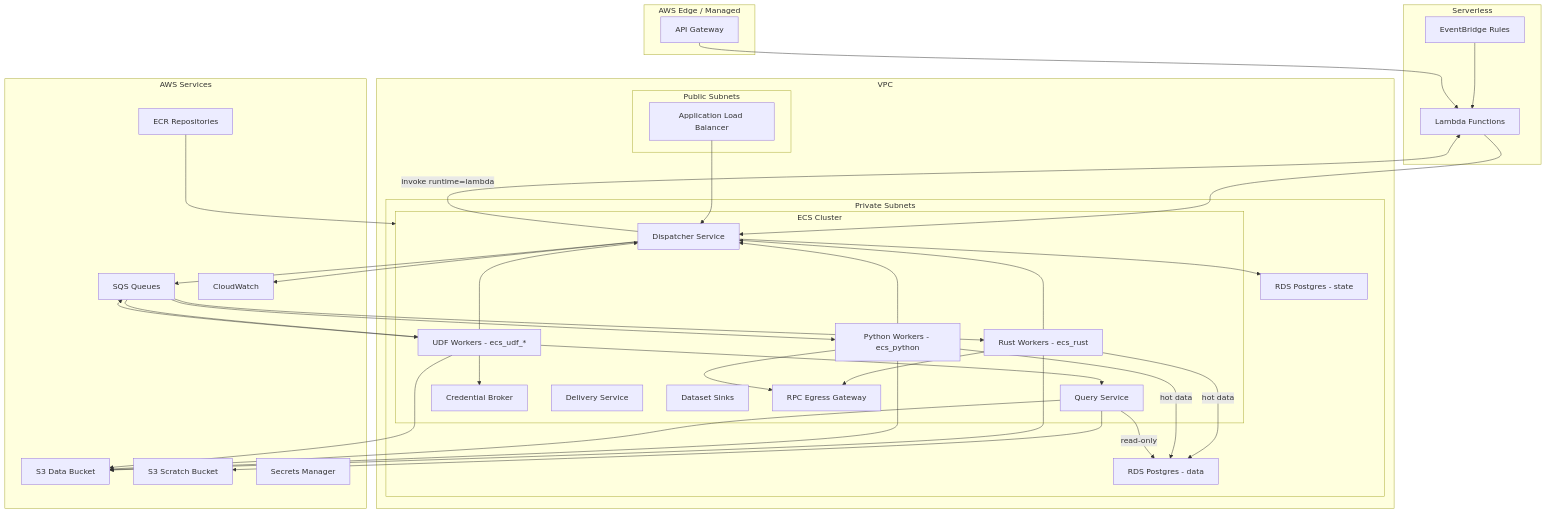
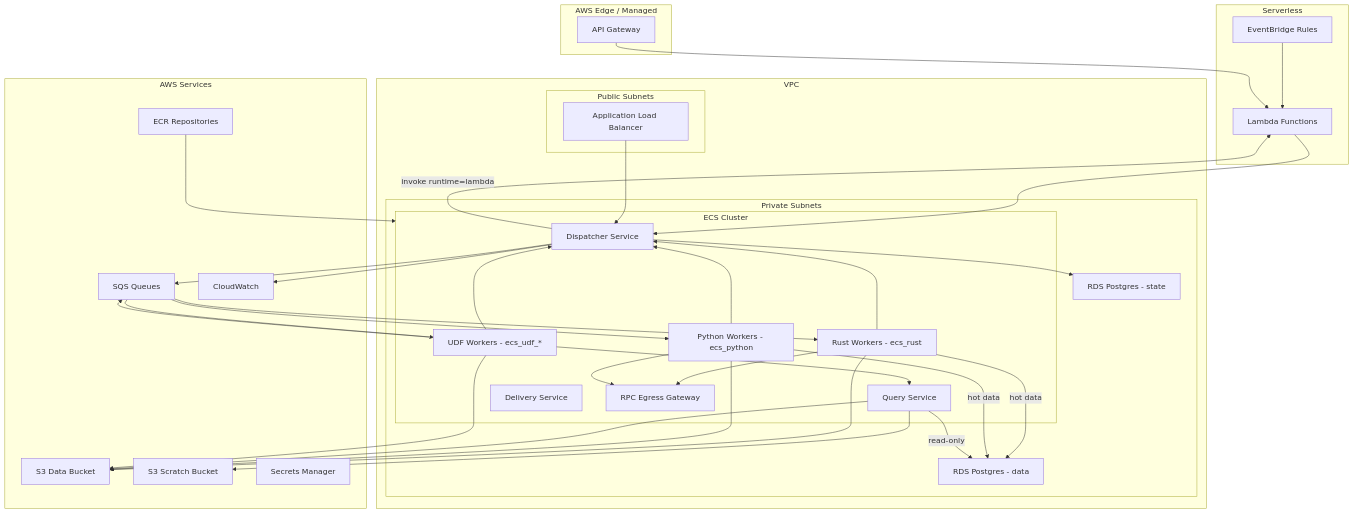
The diagram in docs/deploy/infrastructure.md (c7121/trace), drawn with Mermaid before and after one commit. The commit also changed other lines of this file and 20 other files, not shown here.

```diff
--- a/docs/deploy/infrastructure.md
+++ b/docs/deploy/infrastructure.md
@@ -21,12 +21,10 @@
             subgraph ECS["ECS Cluster"]
                 DISPATCHER_SVC[Dispatcher Service]
                 QUERY_SVC[Query Service]
-                BROKER_SVC[Credential Broker]
                 RUST_WORKERS["Rust Workers - ecs_rust"]
                 PYTHON_WORKERS["Python Workers - ecs_python"]
                 UDF_WORKERS["UDF Workers - ecs_udf_*"]
                 DELIVERY_SVC[Delivery Service]
-                SINKS_SVC[Dataset Sinks]
                 RPC_EGRESS[RPC Egress Gateway]
             end
 
@@ -78,7 +76,6 @@
     QUERY_SVC --> S3_SCRATCH
 
     UDF_WORKERS --> QUERY_SVC
-    UDF_WORKERS --> BROKER_SVC
     UDF_WORKERS --> S3_BUCKET
     UDF_WORKERS --> SQS_QUEUES
 
```
